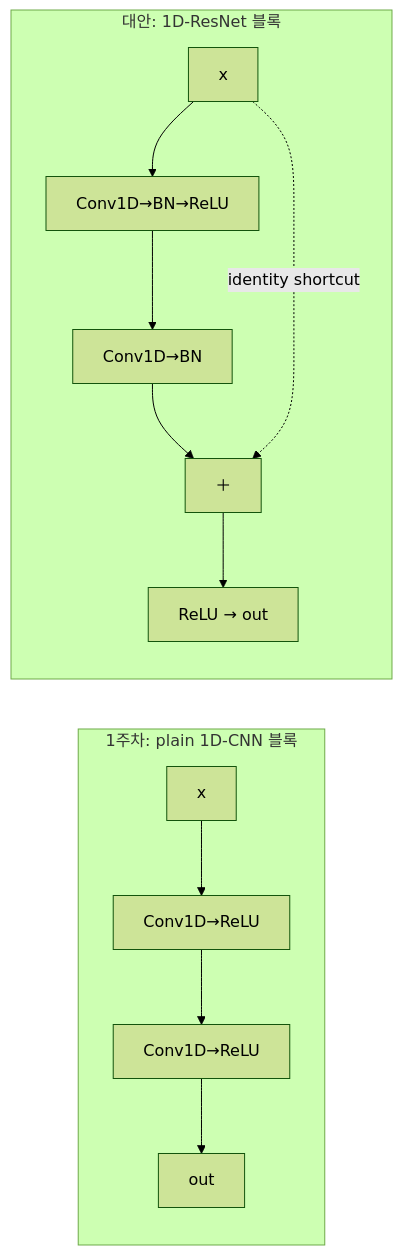
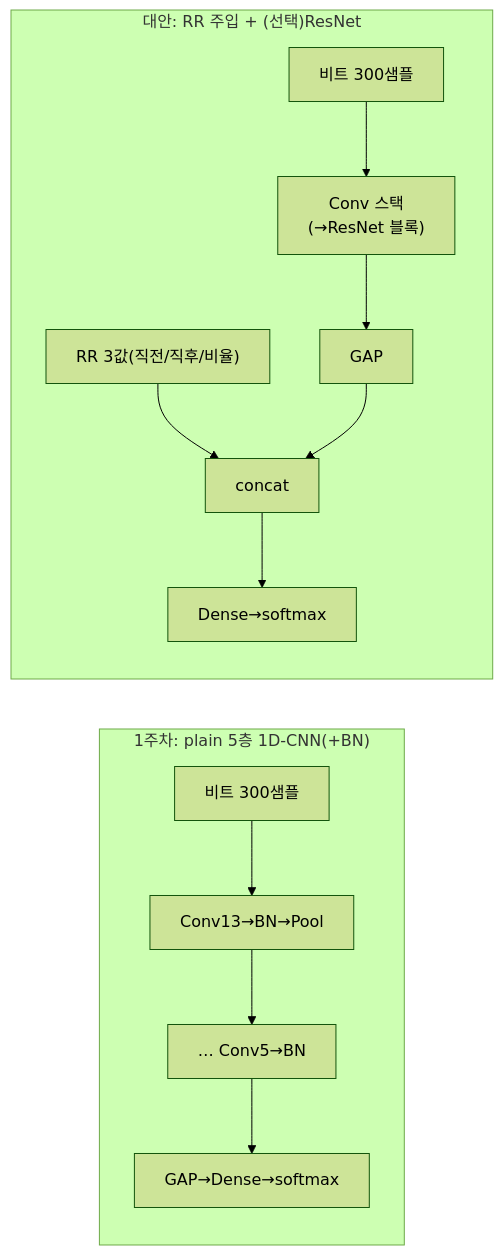
One commit to ehdbddl06001-ui/my-github-test changed the second of 3 diagrams in content/ailab/ailab-2026-0007.md. Above: the diagram before and after it, drawn with Mermaid (forest theme). The commit also changed other lines of this file and 2 other files, not shown here.

````diff
--- a/content/ailab/ailab-2026-0007.md
+++ b/content/ailab/ailab-2026-0007.md
@@ -151,11 +127,11 @@
 ```mermaid
 flowchart LR
-  subgraph plain["1주차: plain 1D-CNN 블록"]
-    A1["x"] --> B1["Conv1D→ReLU"] --> C1["Conv1D→ReLU"] --> D1["out"]
+  subgraph now["1주차: plain 5층 1D-CNN(+BN)"]
+    A1["비트 300샘플"] --> B1["Conv13→BN→Pool"] --> C1["… Conv5→BN"] --> G1["GAP→Dense→softmax"]
   end
-  subgraph res["대안: 1D-ResNet 블록"]
-    A2["x"] --> B2["Conv1D→BN→ReLU"] --> C2["Conv1D→BN"] --> P2["＋"]
-    A2 -. "identity shortcut" .-> P2
-    P2 --> R2["ReLU → out"]
+  subgraph next["대안: RR 주입 + (선택)ResNet"]
+    A2["비트 300샘플"] --> B2["Conv 스택<br/>(→ResNet 블록)"] --> G2["GAP"]
+    RR["RR 3값(직전/직후/비율)"] --> CAT["concat"]
+    G2 --> CAT --> H2["Dense→softmax"]
   end
 ```
````
